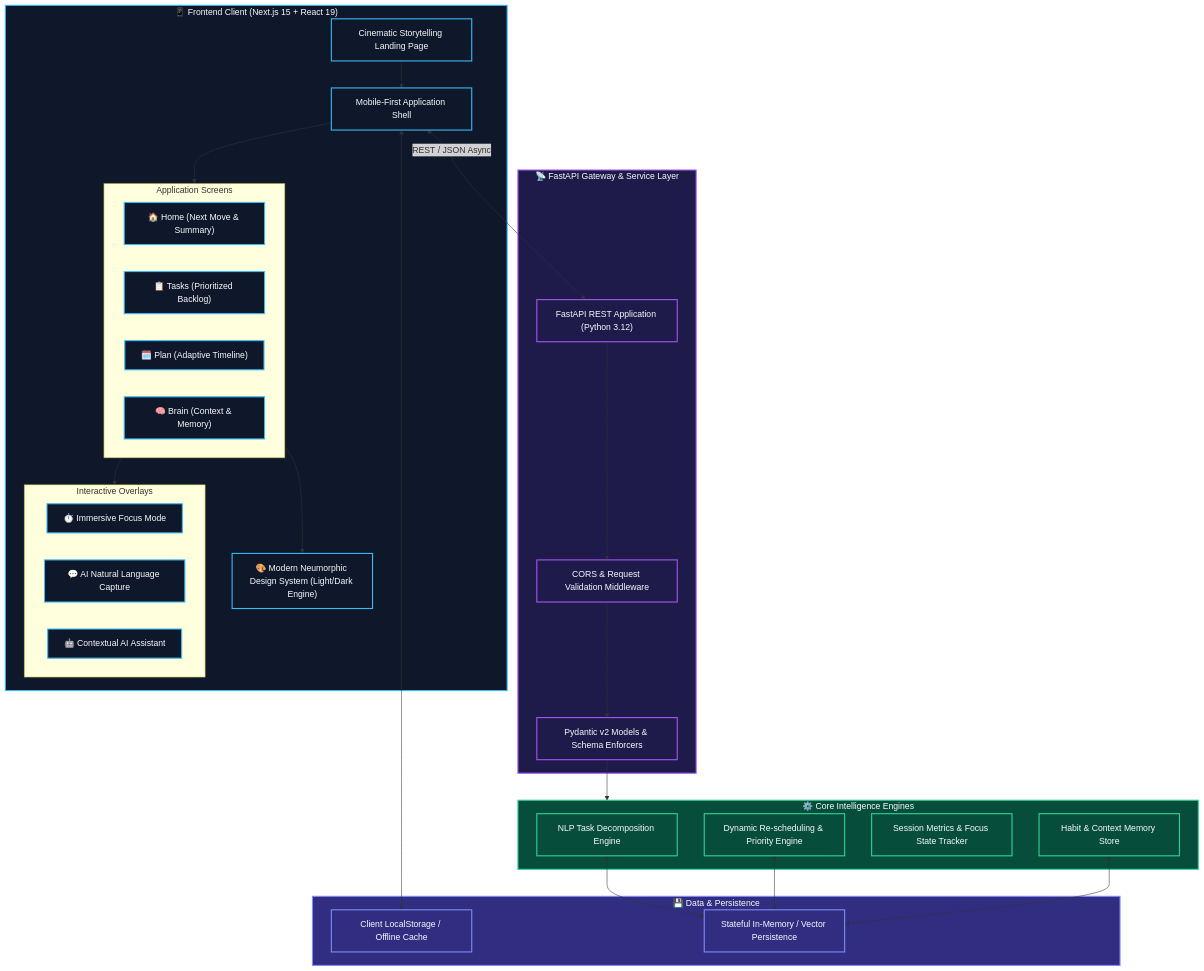
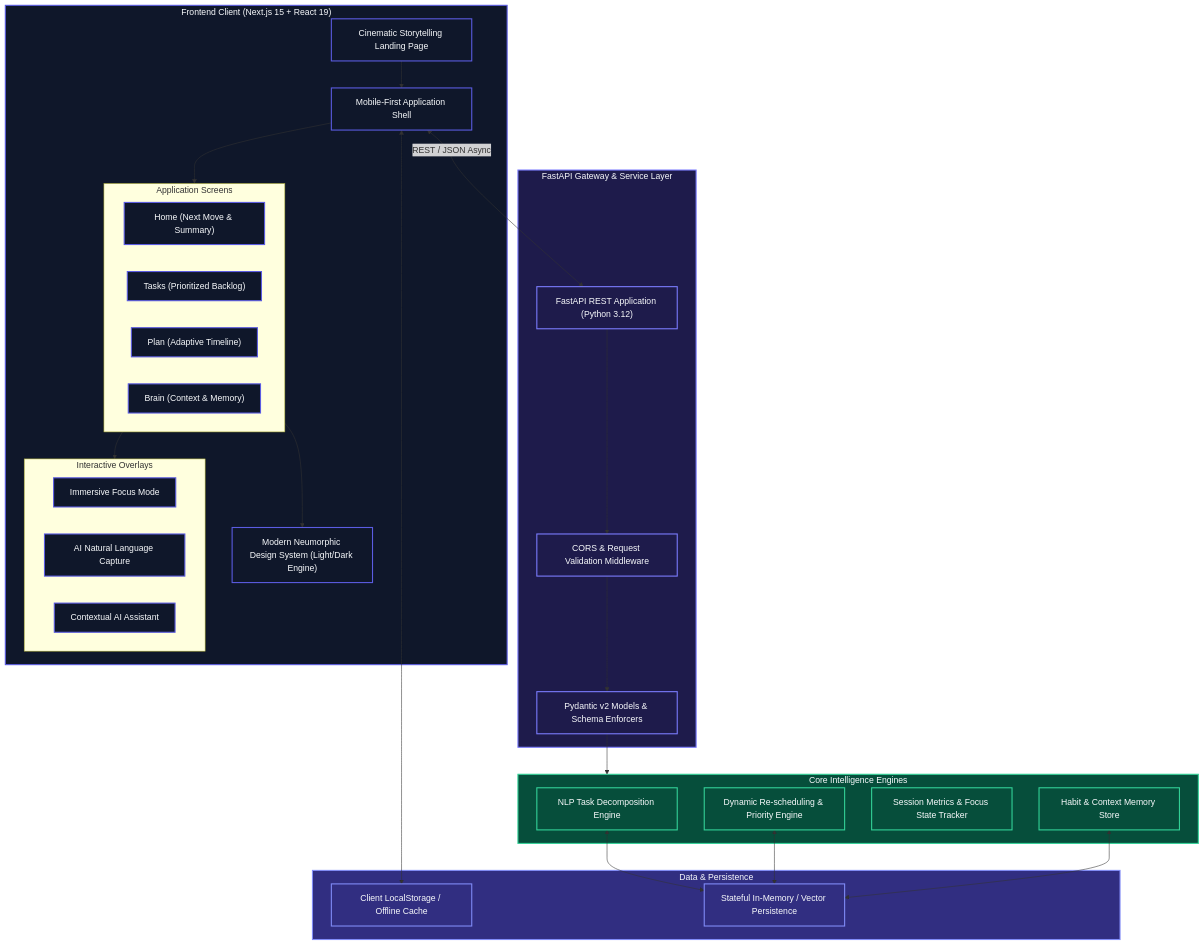
The second of 2 diagrams in README.md (srinivas2s/flow), drawn with Mermaid before and after one commit. The commit also changed other lines of this file, not shown here.

````diff
--- a/README.md
+++ b/README.md
@@ -93,66 +93,66 @@
 ```mermaid
 graph TB
-    subgraph Client["📱 Frontend Client (Next.js 15 + React 19)"]
+    subgraph Client["Frontend Client (Next.js 15 + React 19)"]
         Landing["Cinematic Storytelling Landing Page"]
         AppShell["Mobile-First Application Shell"]
         
         subgraph AppScreens["Application Screens"]
-            HomeScreen["🏠 Home (Next Move & Summary)"]
-            TaskScreen["📋 Tasks (Prioritized Backlog)"]
-            PlanScreen["🗓️ Plan (Adaptive Timeline)"]
-            BrainScreen["🧠 Brain (Context & Memory)"]
+            HomeScreen["Home (Next Move & Summary)"]
+            TaskScreen["Tasks (Prioritized Backlog)"]
+            PlanScreen["Plan (Adaptive Timeline)"]
+            BrainScreen["Brain (Context & Memory)"]
         end
         
         subgraph ModalsOverlays["Interactive Overlays"]
-            FocusOverlay["⏱️ Immersive Focus Mode"]
-            CaptureModal["💬 AI Natural Language Capture"]
-            AssistantDrawer["🤖 Contextual AI Assistant"]
+            FocusOverlay["Immersive Focus Mode"]
+            CaptureModal["AI Natural Language Capture"]
+            AssistantDrawer["Contextual AI Assistant"]
         end
         
-        DesignSys["🎨 Modern Neumorphic Design System (Light/Dark Engine)"]
+        DesignSys["Modern Neumorphic Design System (Light/Dark Engine)"]
     end
 
-    subgraph BackendGateway["📡 FastAPI Gateway & Service Layer"]
+    subgraph BackendGateway["FastAPI Gateway & Service Layer"]
         FastAPIApp["FastAPI REST Application (Python 3.12)"]
         CORS["CORS & Request Validation Middleware"]
         PydanticSchemas["Pydantic v2 Models & Schema Enforcers"]
     end
 
-    subgraph CoreEngines["⚙️ Core Intelligence Engines"]
+    subgraph CoreEngines["Core Intelligence Engines"]
         DecompEngine["NLP Task Decomposition Engine"]
         AdaptiveEngine["Dynamic Re-scheduling & Priority Engine"]
         FocusEngine["Session Metrics & Focus State Tracker"]
         MemoryEngine["Habit & Context Memory Store"]
     end
 
-    subgraph DataStorage["💾 Data & Persistence"]
+    subgraph DataStorage["Data & Persistence"]
         LocalCache["Client LocalStorage / Offline Cache"]
         BackendStore["Stateful In-Memory / Vector Persistence"]
     end
 
     %% Connections
     Landing --> AppShell
     AppShell --> AppScreens
     AppScreens --> ModalsOverlays
     AppScreens --> DesignSys
     
     AppShell <-->|REST / JSON Async| FastAPIApp
     FastAPIApp --> CORS
     CORS --> PydanticSchemas
     PydanticSchemas --> CoreEngines
     
     DecompEngine <--> BackendStore
     AdaptiveEngine <--> BackendStore
     MemoryEngine <--> BackendStore
     AppShell <--> LocalCache
 
-    classDef clientStyle fill:#0F172A,stroke:#38BDF8,stroke-width:2px,color:#F8FAFC;
-    classDef serverStyle fill:#1E1B4B,stroke:#A855F7,stroke-width:2px,color:#F8FAFC;
+    classDef clientStyle fill:#0F172A,stroke:#5B5CE2,stroke-width:2px,color:#F8FAFC;
+    classDef serverStyle fill:#1E1B4B,stroke:#7C7DFF,stroke-width:2px,color:#F8FAFC;
     classDef engineStyle fill:#064E3B,stroke:#34D399,stroke-width:2px,color:#F8FAFC;
     classDef storeStyle fill:#312E81,stroke:#818CF8,stroke-width:2px,color:#F8FAFC;
 
     class Client,Landing,AppShell,HomeScreen,TaskScreen,PlanScreen,BrainScreen,FocusOverlay,CaptureModal,AssistantDrawer,DesignSys clientStyle;
     class BackendGateway,FastAPIApp,CORS,PydanticSchemas serverStyle;
     class CoreEngines,DecompEngine,AdaptiveEngine,FocusEngine,MemoryEngine engineStyle;
     class DataStorage,LocalCache,BackendStore storeStyle;
 ```
````
